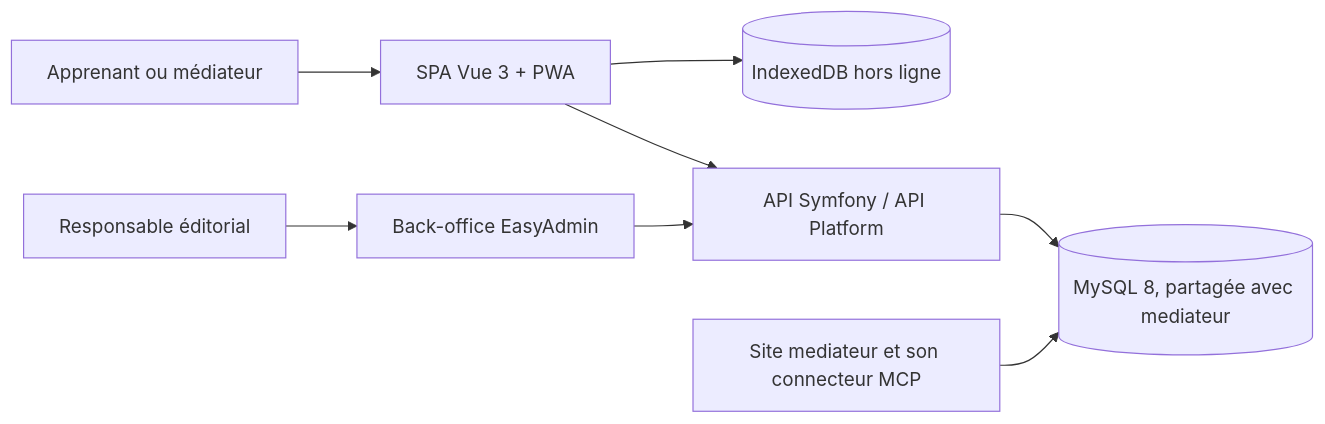
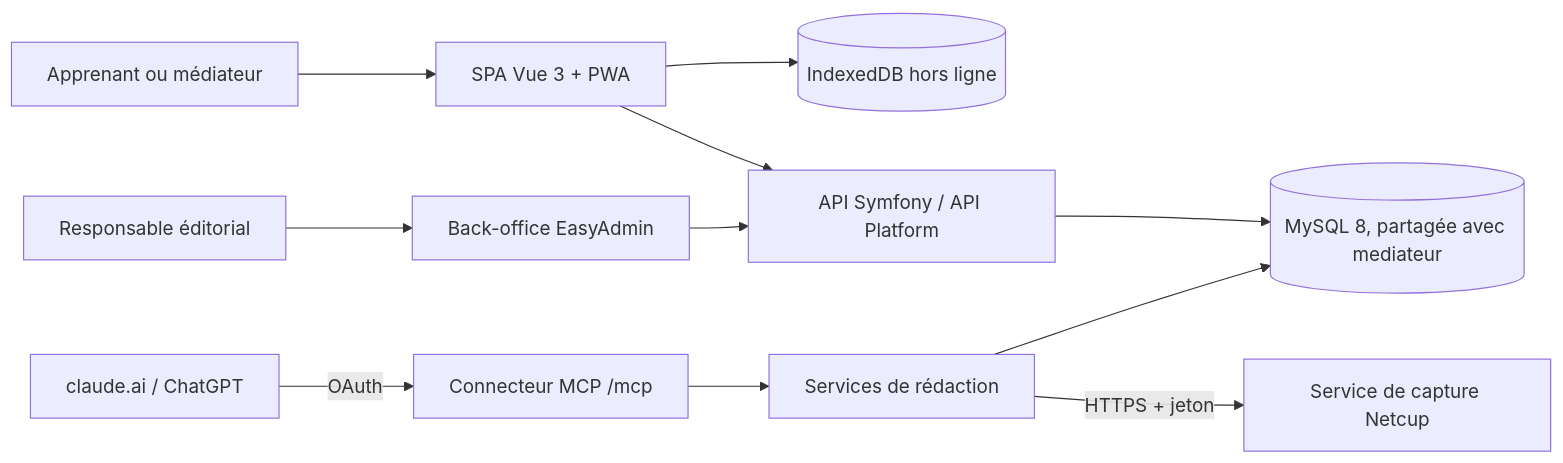
One commit to cundovar/inclusion-numerique changed the diagram in docs/architecture/index.md. Above: the diagram before and after it, drawn with Mermaid. The commit also changed other lines of this file and 88 other files, not shown here.

````diff
--- a/docs/architecture/index.md
+++ b/docs/architecture/index.md
@@ -7,10 +7,13 @@
 ```mermaid
 flowchart LR
   U[Apprenant ou médiateur] --> SPA[SPA Vue 3 + PWA]
   SPA --> IDB[(IndexedDB hors ligne)]
   SPA --> API[API Symfony / API Platform]
   R[Responsable éditorial] --> BO[Back-office EasyAdmin]
+  A[claude.ai / ChatGPT] -->|OAuth| MCP[Connecteur MCP /mcp]
   BO --> API
+  MCP --> SVC[Services de rédaction]
   API --> DB[(MySQL 8, partagée avec mediateur)]
-  MED[Site mediateur et son connecteur MCP] --> DB
+  SVC --> DB
+  SVC -->|HTTPS + jeton| CAP[Service de capture Netcup]
 ```
````
